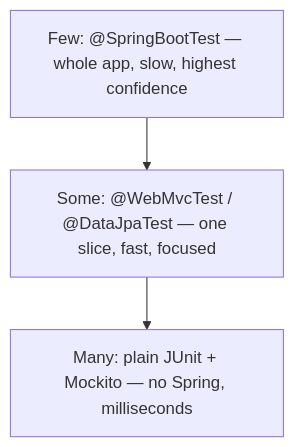
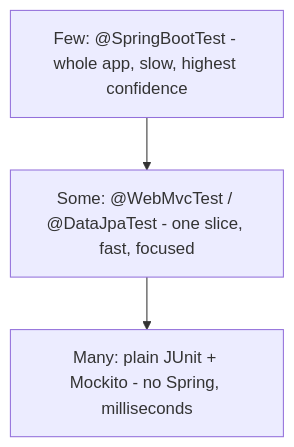
One commit to Topurrra/themissingmanual changed the diagram in guides/frameworks/spring-boot-from-zero/08-testing-spring-boot.md. Above: the diagram before and after it, drawn with Mermaid. The commit also changed other lines of this file and 1009 other files, not shown here.

````diff
--- a/guides/frameworks/spring-boot-from-zero/08-testing-spring-boot.md
+++ b/guides/frameworks/spring-boot-from-zero/08-testing-spring-boot.md
@@ -245,5 +245,5 @@
 ```mermaid
 flowchart TD
-  A["Few: @SpringBootTest — whole app, slow, highest confidence"] --> B["Some: @WebMvcTest / @DataJpaTest — one slice, fast, focused"]
-  B --> C["Many: plain JUnit + Mockito — no Spring, milliseconds"]
+  A["Few: @SpringBootTest - whole app, slow, highest confidence"] --> B["Some: @WebMvcTest / @DataJpaTest - one slice, fast, focused"]
+  B --> C["Many: plain JUnit + Mockito - no Spring, milliseconds"]
 ```
````
